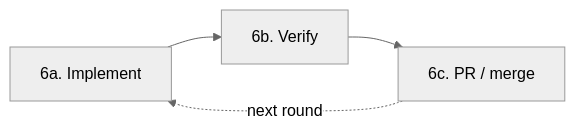
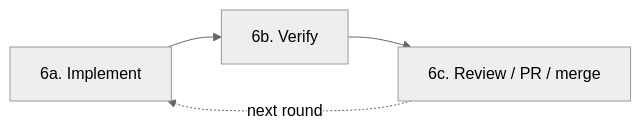
The third of 4 diagrams in marshal.md (crestreach/marshal), drawn with Mermaid (neutral theme) before and after one commit. The commit also changed other lines of this file and 7 other files, not shown here.

````diff
--- a/marshal.md
+++ b/marshal.md
@@ -657,6 +657,6 @@
 ```mermaid
 flowchart LR
     I[6a. Implement] --> V[6b. Verify]
-    V --> P[6c. PR / merge]
+    V --> P[6c. Review / PR / merge]
     P -. next round .-> I
 ```
````
